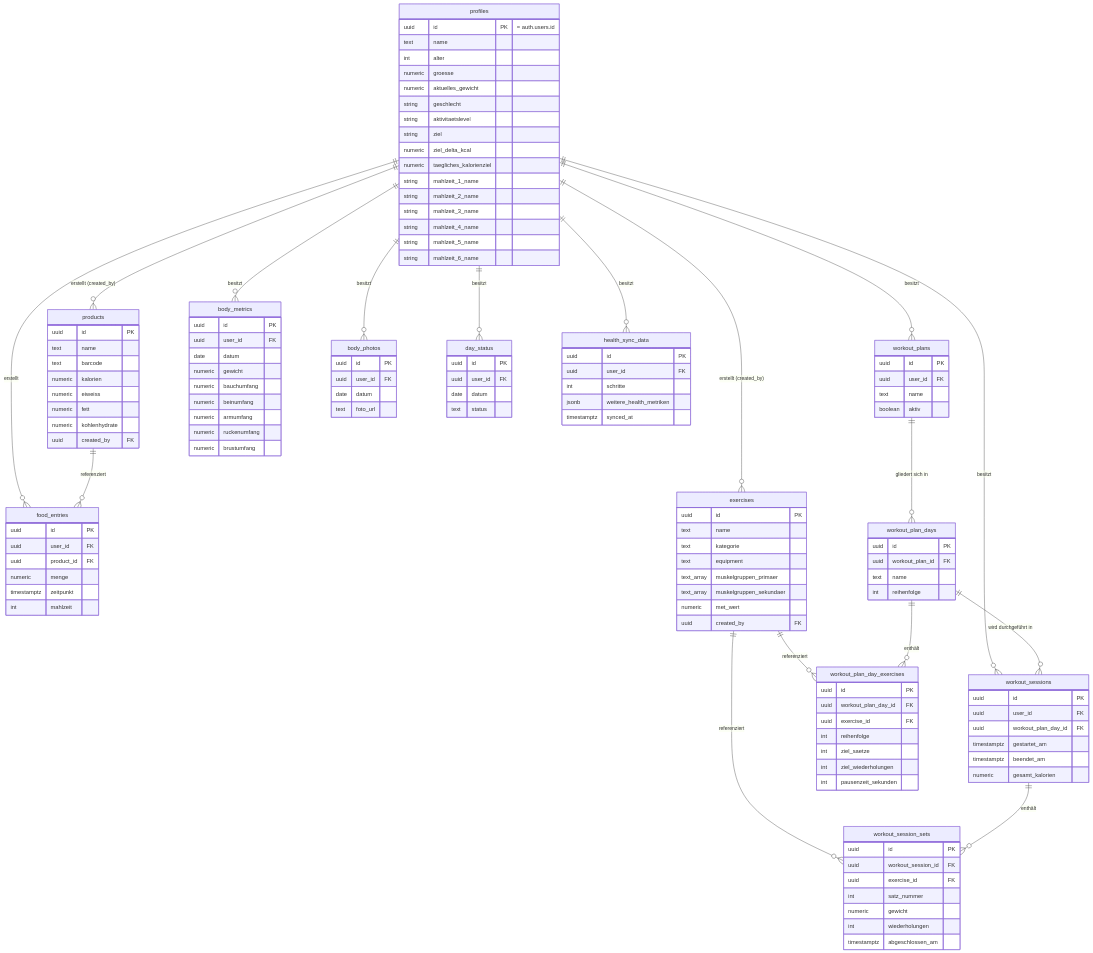
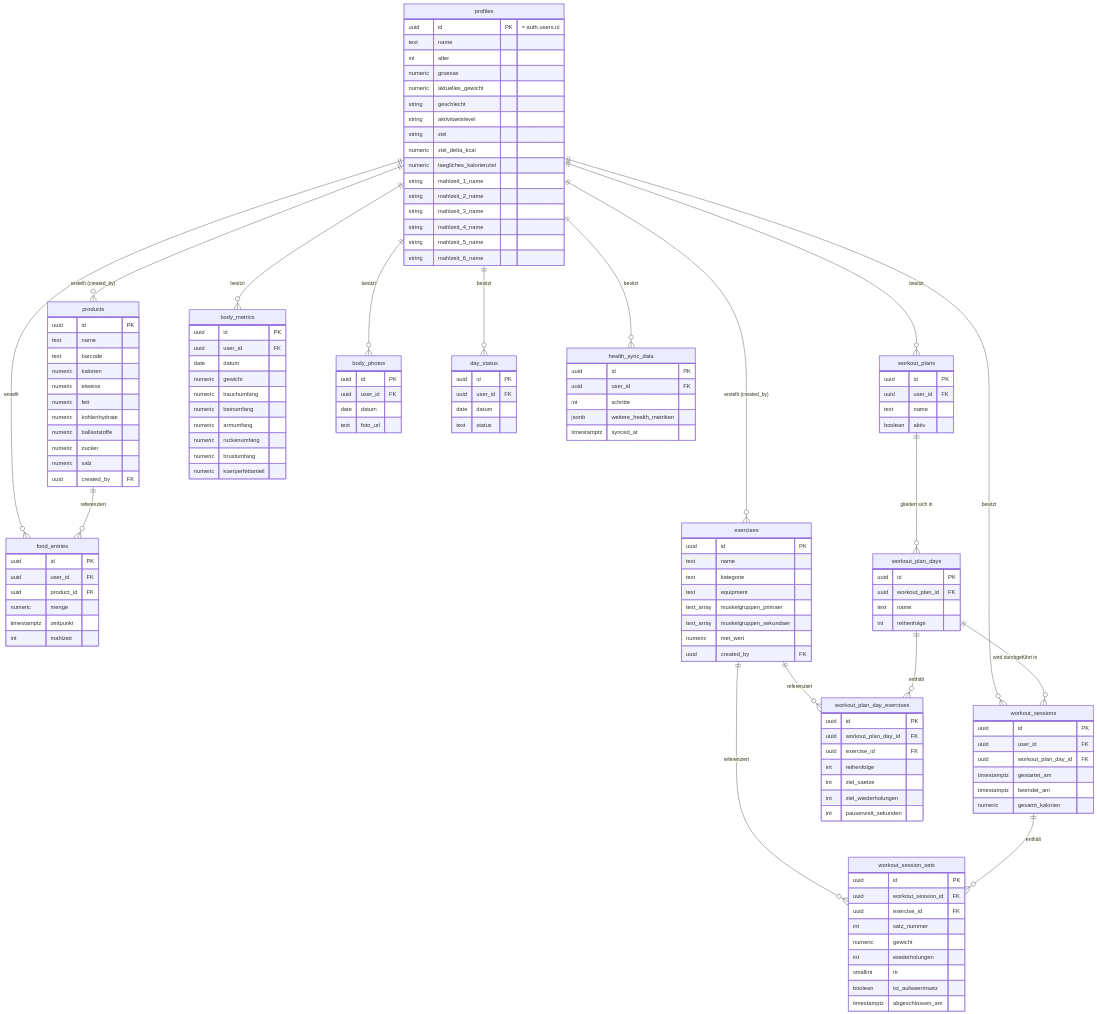
One commit to SueleymanOezel/fitness-app changed the diagram in docs/domaenenmodell.md. Above: the diagram before and after it, drawn with Mermaid. The commit also changed other lines of this file and 23 other files, not shown here.

```diff
--- a/docs/domaenenmodell.md
+++ b/docs/domaenenmodell.md
@@ -65,6 +65,9 @@
         numeric eiweiss
         numeric fett
         numeric kohlenhydrate
+        numeric ballaststoffe
+        numeric zucker
+        numeric salz
         uuid created_by FK
     }
 
@@ -128,6 +131,8 @@
         int satz_nummer
         numeric gewicht
         int wiederholungen
+        smallint rir
+        boolean ist_aufwaermsatz
         timestamptz abgeschlossen_am
     }
 
@@ -141,6 +146,7 @@
         numeric armumfang
         numeric ruckenumfang
         numeric brustumfang
+        numeric koerperfettanteil
     }
 
     body_photos {
```
